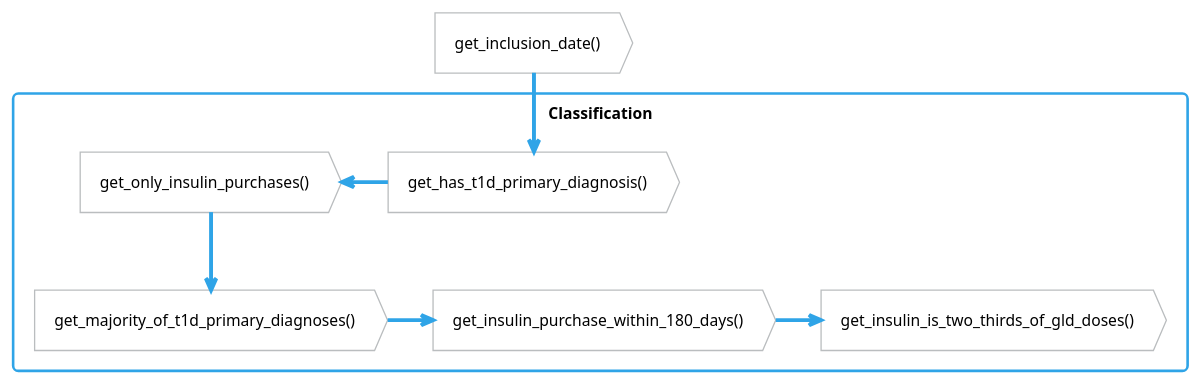
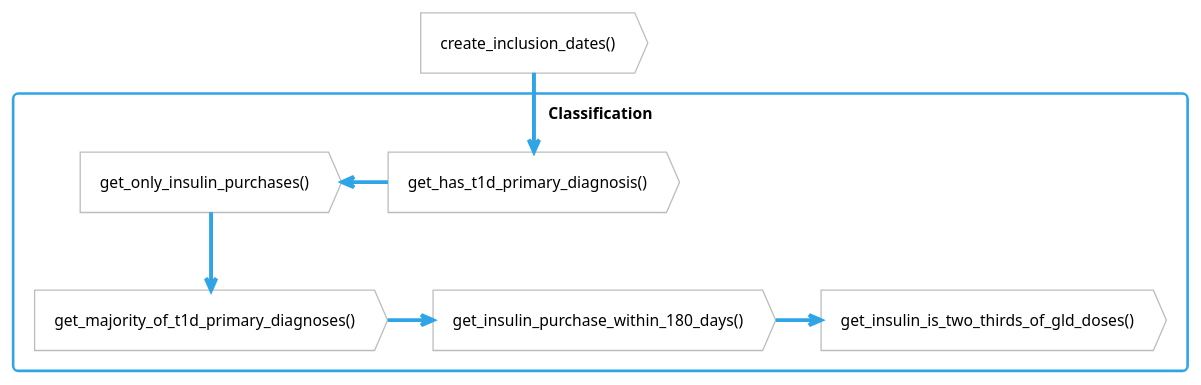
One commit to steno-aarhus/osdc changed the diagram in vignettes/articles/pumls/function-flow-classification.puml. Above: the diagram before and after it, drawn with PlantUML. The commit also changed 5 other files, not shown here.

First line of the commit message:
docs: :building_construction: update inclusion dates function (#260)

```diff
--- a/vignettes/articles/pumls/function-flow-classification.puml
+++ b/vignettes/articles/pumls/function-flow-classification.puml
@@ -1,34 +1,33 @@
 @startuml function-flow-classification
 !theme cerulean-outline
 <style>
 action, card, database, rectangle {
     FontColor black
 }
 .inclusion {
     BackgroundColor lightblue
 }
 .exclusion {
     BackgroundColor orange
 }
 </style>
 
 'Diabetes type classification
 
-    action "get_inclusion_date()" as inclusion_date
+    action "create_inclusion_dates()" as inclusion_date
 
     rectangle Classification {
         action "get_has_t1d_primary_diagnosis()" as t1d_diagnosis
         action "get_only_insulin_purchases()" as only_insulins
         action "get_majority_of_t1d_primary_diagnoses()" as t1d_diagnosis_majority
         action "get_insulin_purchase_within_180_days()" as insulin_within_180_days
         action "get_insulin_is_two_thirds_of_gld_doses()" as insulin_is_two_thirds
     }
 
     inclusion_date --> t1d_diagnosis
     t1d_diagnosis -l-> only_insulins
     only_insulins -d-> t1d_diagnosis_majority
     t1d_diagnosis_majority -r-> insulin_within_180_days
     insulin_within_180_days -r-> insulin_is_two_thirds
 
-
 @enduml
```
